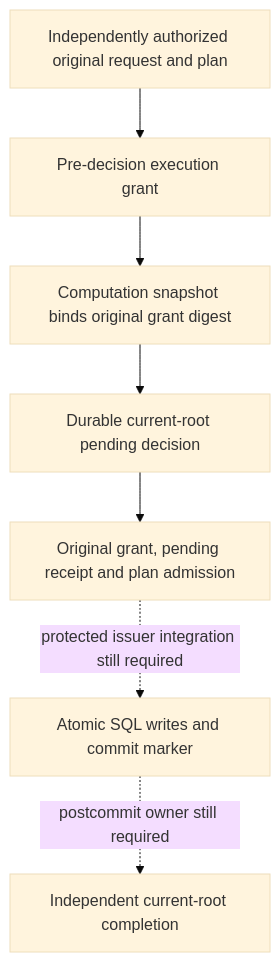
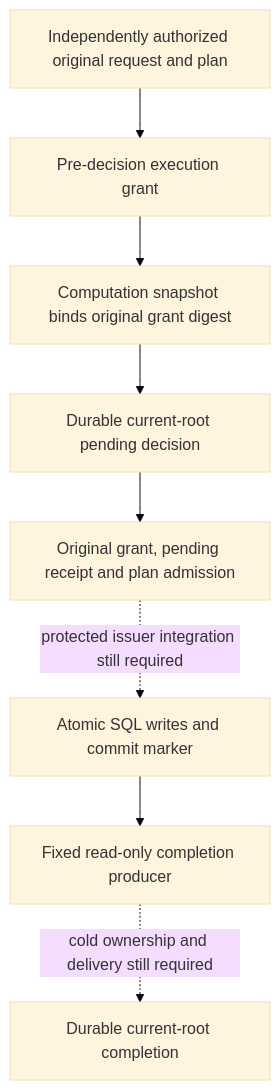
Before and after one commit to AndrewMohawk/catchplate: the diagram in docs/authority-successor-execution.md, drawn with Mermaid (base theme). The commit also changed other lines of this file and 16 other files, not shown here.

Commit message:
Produce root completion from committed marker observations

````diff
--- a/docs/authority-successor-execution.md
+++ b/docs/authority-successor-execution.md
@@ -10,9 +10,10 @@
 ```mermaid
 flowchart TD
     A[Independently authorized original request and plan] --> B[Pre-decision execution grant]
     B --> C[Computation snapshot binds original grant digest]
     C --> D[Durable current-root pending decision]
     D --> E[Original grant, pending receipt and plan admission]
     E -. protected issuer integration still required .-> F[Atomic SQL writes and commit marker]
-    F -. postcommit owner still required .-> G[Independent current-root completion]
+    F --> G[Fixed read-only completion producer]
+    G -. cold ownership and delivery still required .-> H[Durable current-root completion]
 ```
````
